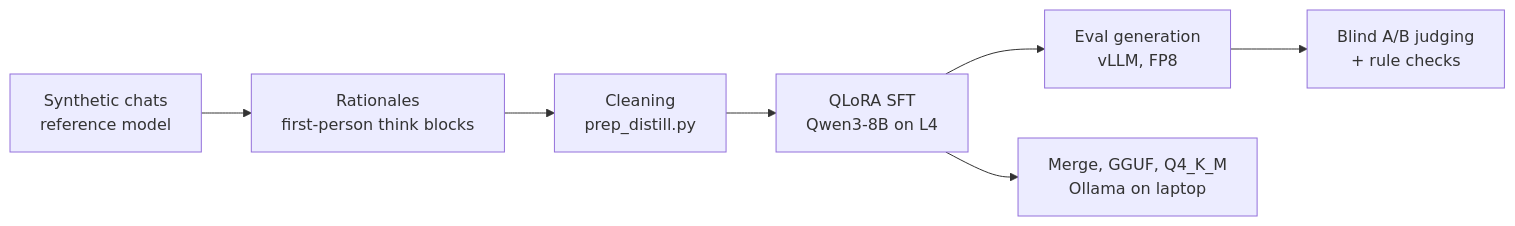
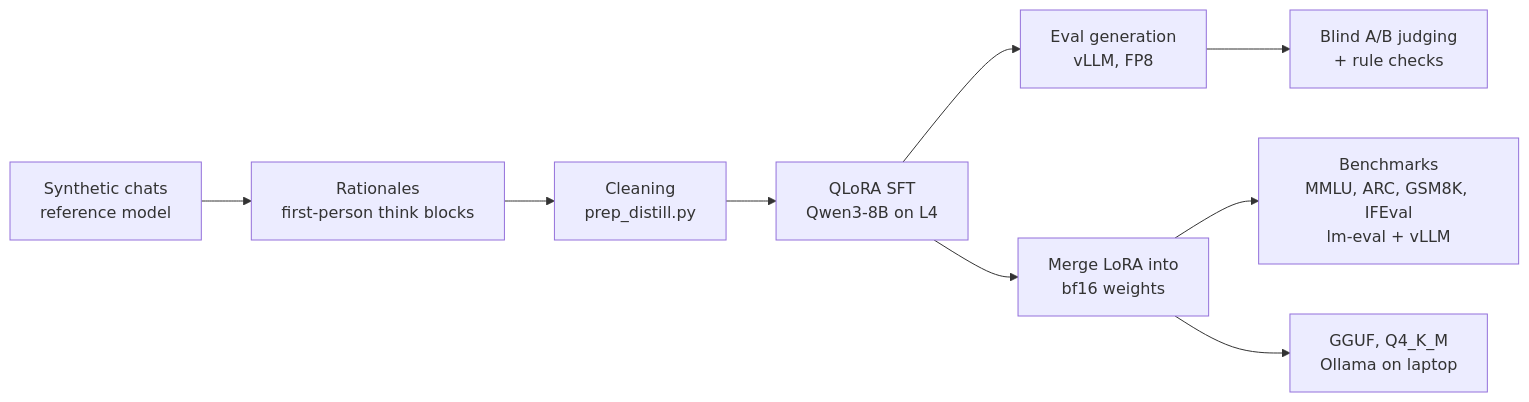
Before and after one commit to aniyow07/Archonn: the diagram in README.md, drawn with Mermaid. The commit also changed other lines of this file, not shown here.

Commit message:
README: pipeline includes LoRA merge and standard benchmarks

````diff
--- a/README.md
+++ b/README.md
@@ -201,9 +201,11 @@
 ```mermaid
 flowchart LR
     A[Synthetic chats<br/>reference model] --> B[Rationales<br/>first-person think blocks]
     B --> C[Cleaning<br/>prep_distill.py]
     C --> D[QLoRA SFT<br/>Qwen3-8B on L4]
     D --> E[Eval generation<br/>vLLM, FP8]
     E --> F[Blind A/B judging<br/>+ rule checks]
-    D --> G[Merge, GGUF, Q4_K_M<br/>Ollama on laptop]
+    D --> H[Merge LoRA into<br/>bf16 weights]
+    H --> I[Benchmarks<br/>MMLU, ARC, GSM8K, IFEval<br/>lm-eval + vLLM]
+    H --> G[GGUF, Q4_K_M<br/>Ollama on laptop]
 ```
````
